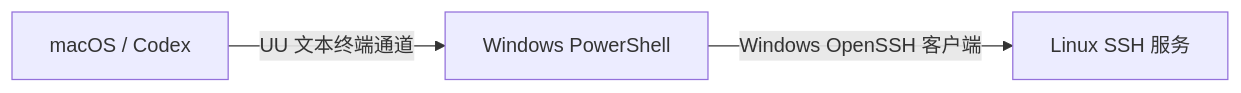
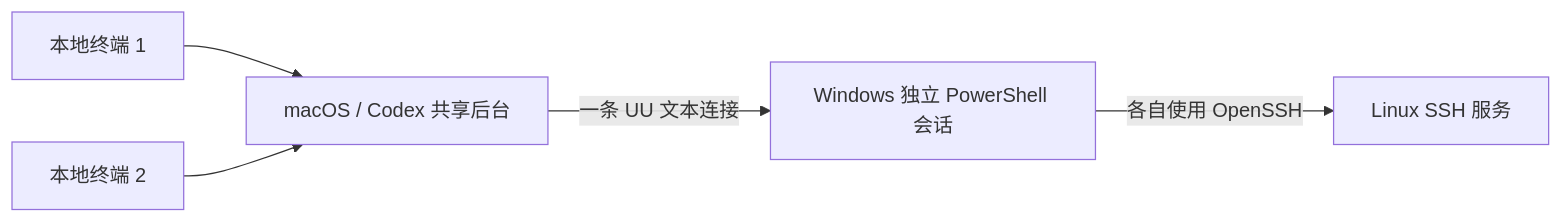
Before and after one commit to YanLien/uu-headless-ssh: the diagram in README.md, drawn with Mermaid. The commit also changed other lines of this file and 6 other files, not shown here.

````diff
--- a/README.md
+++ b/README.md
@@ -7,5 +7,7 @@
 ```mermaid
 flowchart LR
-    A[macOS / Codex] -->|UU 文本终端通道| B[Windows PowerShell]
-    B -->|Windows OpenSSH 客户端| C[Linux SSH 服务]
+    A1[本地终端 1] --> H[macOS / Codex 共享后台]
+    A2[本地终端 2] --> H
+    H -->|一条 UU 文本连接| B[Windows 独立 PowerShell 会话]
+    B -->|各自使用 OpenSSH| C[Linux SSH 服务]
 ```
````
